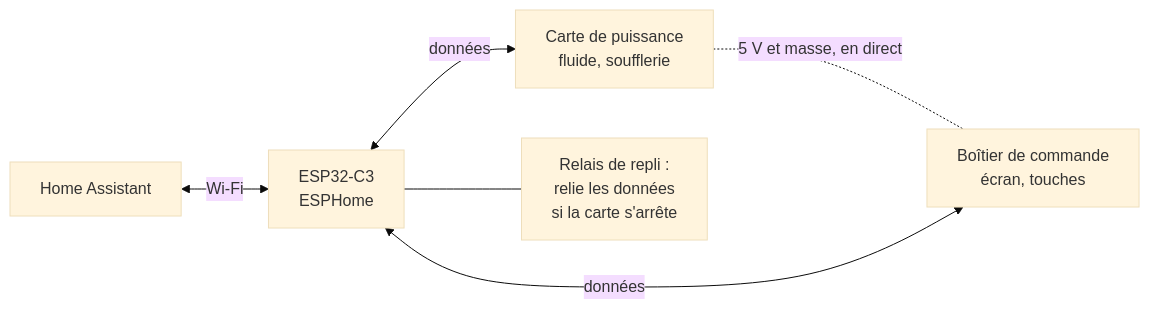
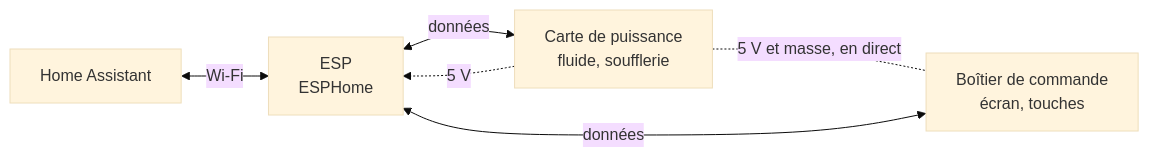
Before and after one commit to Plokkke/sauter-marapi-esphome: the diagram in README.md, drawn with Mermaid (base theme). The commit also changed other lines of this file and 7 other files, not shown here.

````diff
--- a/README.md
+++ b/README.md
@@ -32,8 +33,8 @@
 ```mermaid
 flowchart LR
-  HA[Home Assistant] <-- Wi-Fi --> C3[ESP32-C3<br>ESPHome]
+  HA[Home Assistant] <-- Wi-Fi --> C3[ESP<br>ESPHome]
   CMD[Boîtier de commande<br>écran, touches] <-- données --> C3
   C3 <-- données --> PWR[Carte de puissance<br>fluide, soufflerie]
   PWR -. 5 V et masse, en direct .- CMD
-  C3 --- R[Relais de repli :<br>relie les données<br>si la carte s'arrête]
+  PWR -. 5 V .-> C3
 ```
````
